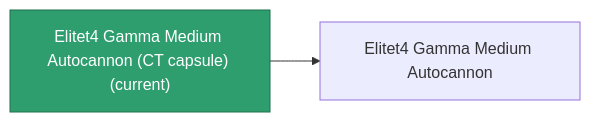
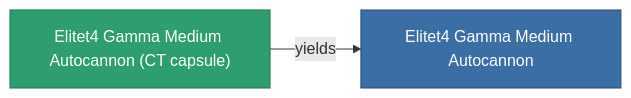
The diagram in content/content/items/elitet4_gamma_medium_autocannon_CT_capsule.md (OpenPerpetuum/Wiki), drawn with Mermaid before and after one commit. The commit also changed other lines of this file and 2015 other files, not shown here.

````diff
--- a/content/content/items/elitet4_gamma_medium_autocannon_CT_capsule.md
+++ b/content/content/items/elitet4_gamma_medium_autocannon_CT_capsule.md
@@ -33,8 +33,9 @@
 ```mermaid
 graph LR
-    a["Elitet4 Gamma Medium Autocannon (CT capsule) (current)"]:::current
-    b["Elitet4 Gamma Medium Autocannon"]
-    a --> b
-    click b "/content/items/elitet4-gamma-medium-autocannon/" "Elitet4 Gamma Medium Autocannon"
+    a["Elitet4 Gamma Medium Autocannon (CT capsule)"]:::current
+    b["Elitet4 Gamma Medium Autocannon"]:::finished
+    a -->|yields| b
+                click b "/content/items/elitet4-gamma-medium-autocannon/" "Elitet4 Gamma Medium Autocannon"
     classDef current fill:#2f9e6f,stroke:#1f6f4a,color:#ffffff
+    classDef finished fill:#3b6ea5,stroke:#274a75,color:#ffffff
 ```
````
